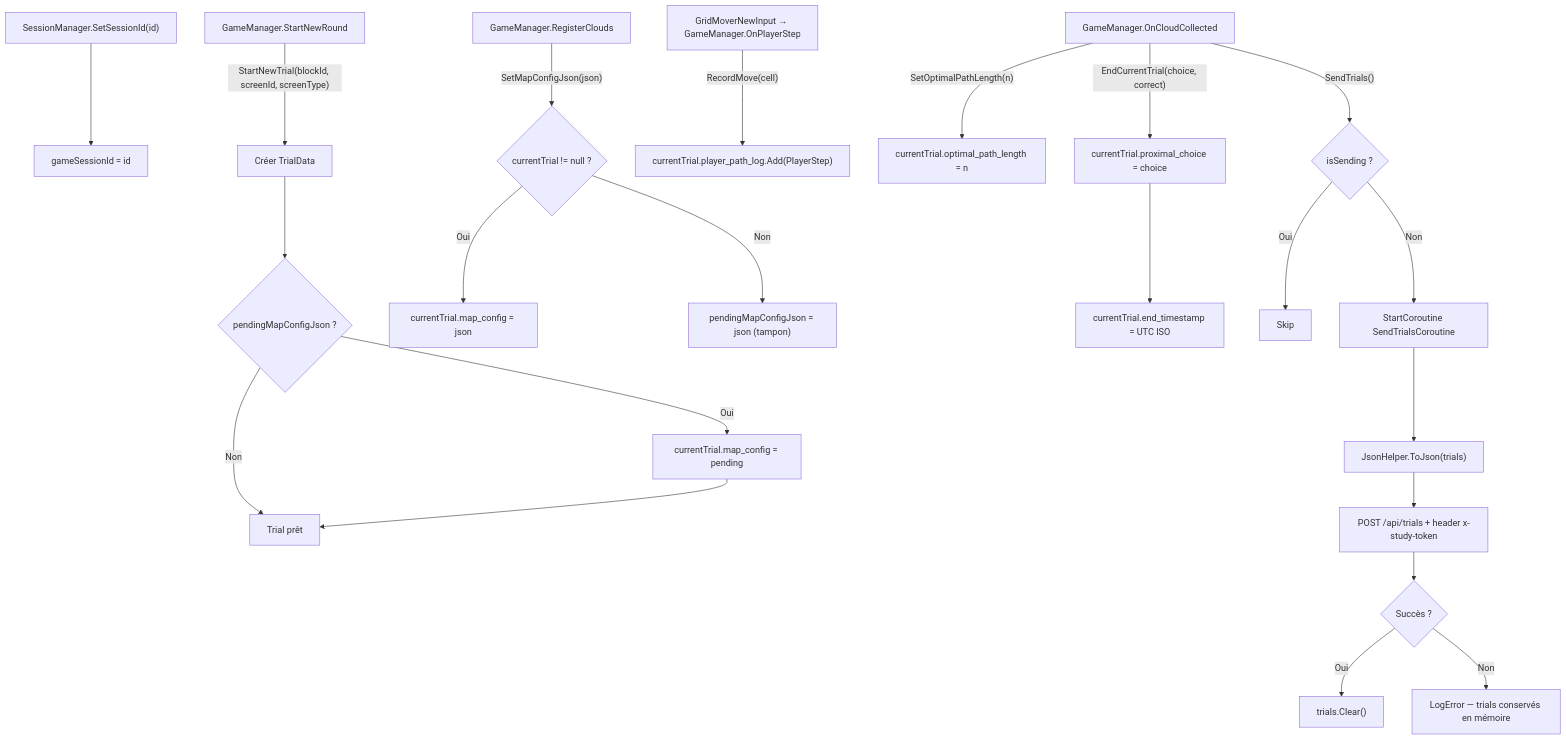
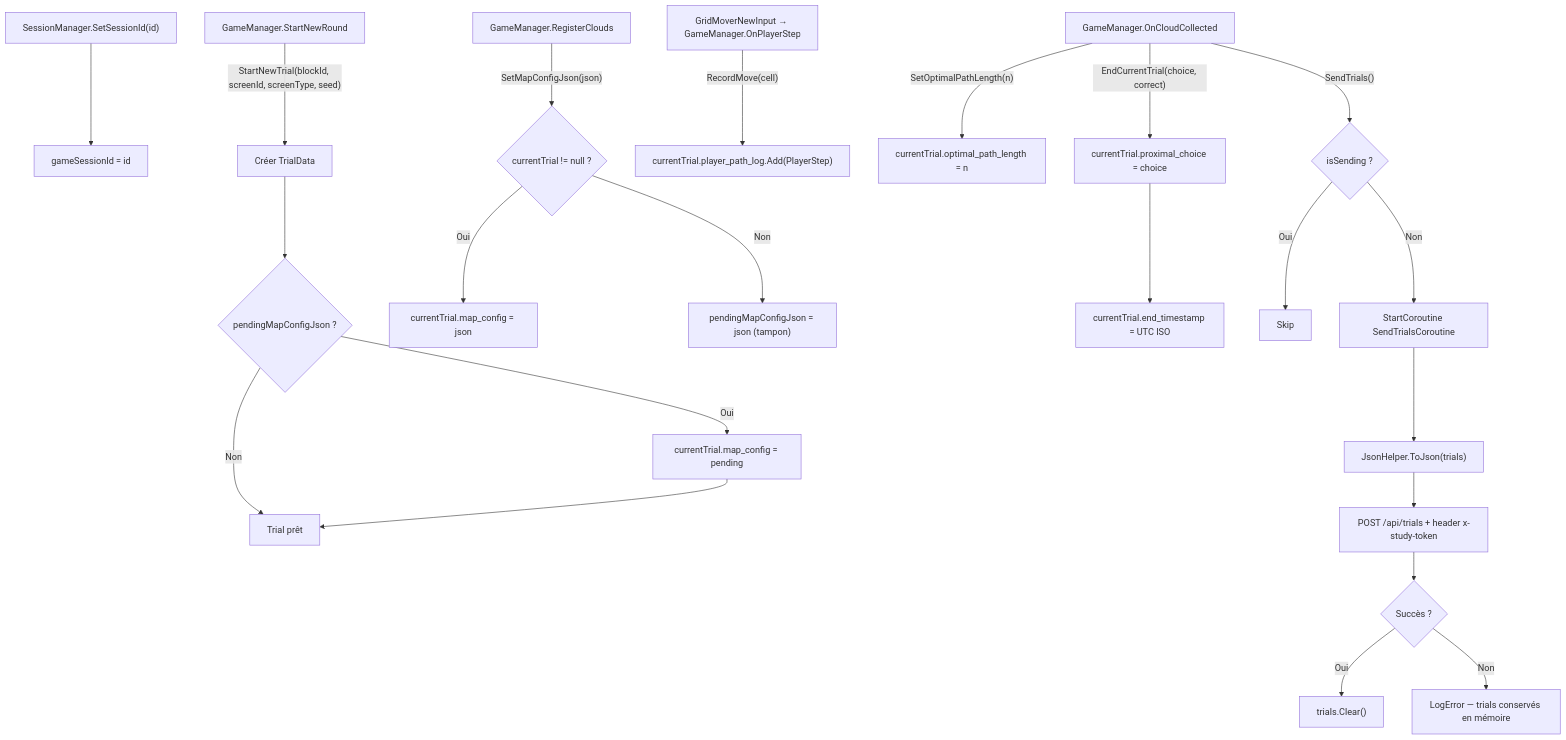
One commit to PierreChagnon/BUGS changed diagram 12 of 14 in Docs/TDD.md. Above: the diagram before and after it, drawn with Mermaid. The commit also changed other lines of this file, not shown here.

````diff
--- a/Docs/TDD.md
+++ b/Docs/TDD.md
@@ -1094,29 +1161,29 @@
 ```mermaid
 graph TD
     A["SessionManager.SetSessionId(id)"] --> B["gameSessionId = id"]
 
-    C["GameManager.StartNewRound"] -->|"StartNewTrial(blockId, screenId, screenType)"| D["Créer TrialData"]
+    C["GameManager.StartNewRound"] -->|"StartNewTrial(blockId, screenId, screenType, seed)"| D["Créer TrialData"]
     D --> E{pendingMapConfigJson ?}
     E -->|Oui| F["currentTrial.map_config = pending"]
     E -->|Non| G[Trial prêt]
     F --> G
 
     H["GameManager.RegisterClouds"] -->|"SetMapConfigJson(json)"| I{currentTrial != null ?}
     I -->|Oui| J["currentTrial.map_config = json"]
     I -->|Non| K["pendingMapConfigJson = json (tampon)"]
 
     L["GridMoverNewInput → GameManager.OnPlayerStep"] -->|"RecordMove(cell)"| M["currentTrial.player_path_log.Add(PlayerStep)"]
 
     N["GameManager.OnCloudCollected"] -->|"SetOptimalPathLength(n)"| O["currentTrial.optimal_path_length = n"]
     N -->|"EndCurrentTrial(choice, correct)"| P["currentTrial.proximal_choice = choice"]
     P --> Q["currentTrial.end_timestamp = UTC ISO"]
 
     N -->|"SendTrials()"| R{isSending ?}
     R -->|Oui| S[Skip]
     R -->|Non| T["StartCoroutine SendTrialsCoroutine"]
     T --> U["JsonHelper.ToJson(trials)"]
     U --> V["POST /api/trials + header x-study-token"]
     V --> W{Succès ?}
     W -->|Oui| X["trials.Clear()"]
     W -->|Non| Y["LogError — trials conservés en mémoire"]
 ```
````
